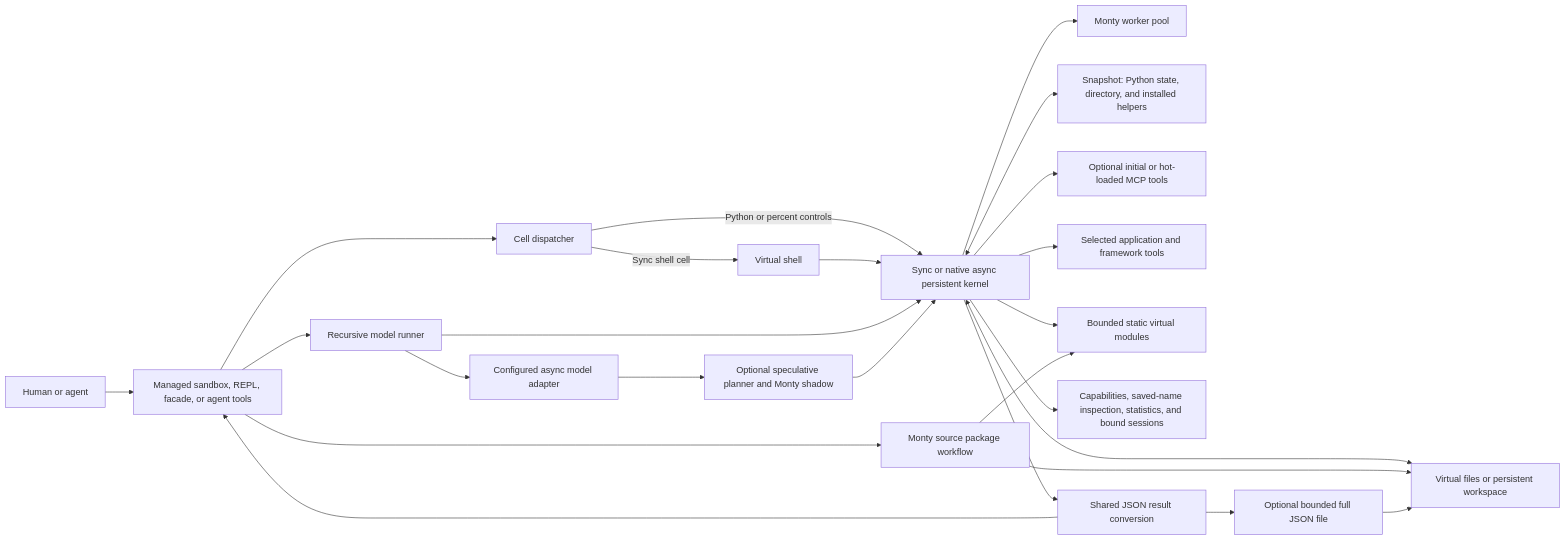
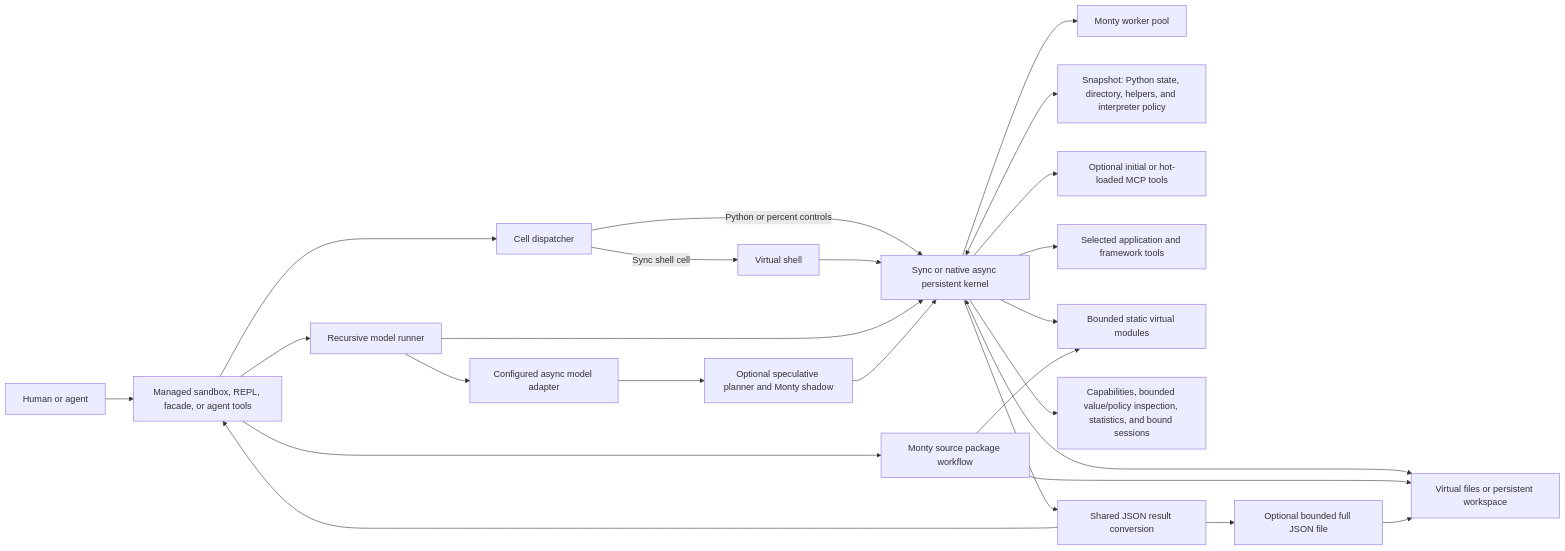
The first of 3 diagrams in README.md (sgaseretto/arenero), drawn with Mermaid before and after one commit. The commit also changed other lines of this file and 28 other files, not shown here.

````diff
--- a/README.md
+++ b/README.md
@@ -18,27 +18,27 @@
 ```mermaid
 flowchart LR
     User["Human or agent"] --> Interface["Managed sandbox, REPL, facade, or agent tools"]
     Interface --> Cell["Cell dispatcher"]
     Cell -->|Python or percent controls| Kernel["Sync or native async persistent kernel"]
     Cell -->|Sync shell cell| Shell["Virtual shell"]
     Shell --> Kernel
     Kernel --> Worker["Monty worker pool"]
-    Kernel <--> Store["Snapshot: Python state, directory, and installed helpers"]
+    Kernel <--> Store["Snapshot: Python state, directory, helpers, and interpreter policy"]
     Kernel <--> Files["Virtual files or persistent workspace"]
     Kernel --> MCP["Optional initial or hot-loaded MCP tools"]
     Kernel --> Hosted["Selected application and framework tools"]
     Kernel --> Modules["Bounded static virtual modules"]
     Interface --> Packages["Monty source package workflow"]
     Packages --> Modules
     Packages --> Files
-    Kernel --> QoL["Capabilities, saved-name inspection, statistics, and bound sessions"]
+    Kernel --> QoL["Capabilities, bounded value/policy inspection, statistics, and bound sessions"]
     Kernel --> Result["Shared JSON result conversion"]
     Result --> Overflow["Optional bounded full JSON file"]
     Overflow --> Files
     Result --> Interface
     Interface --> RLM["Recursive model runner"]
     RLM --> Kernel
     RLM --> Model["Configured async model adapter"]
     Model --> Spec["Optional speculative planner and Monty shadow"]
     Spec --> Kernel
 ```
````
